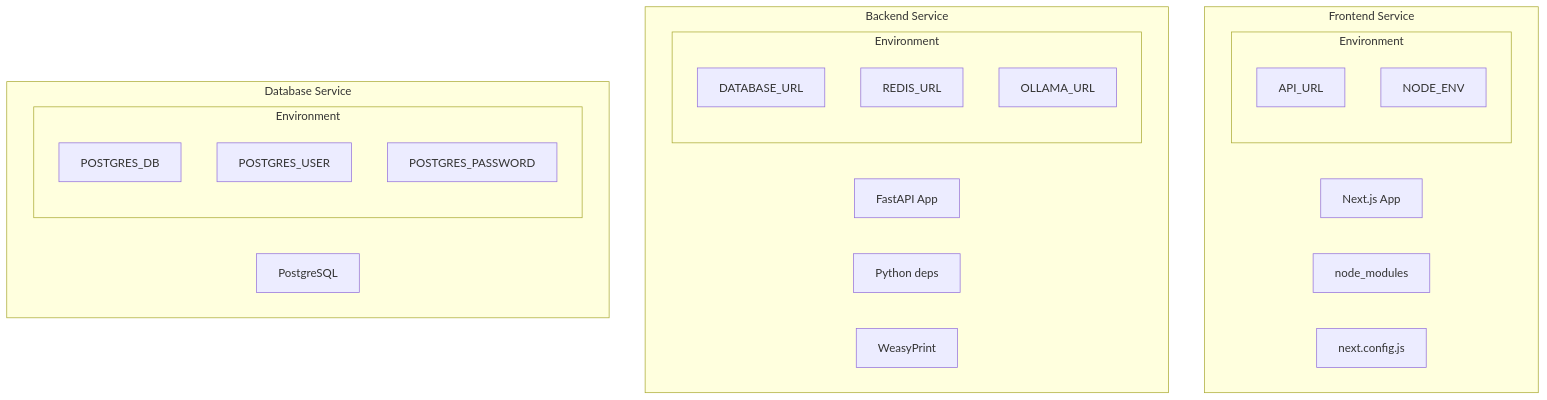
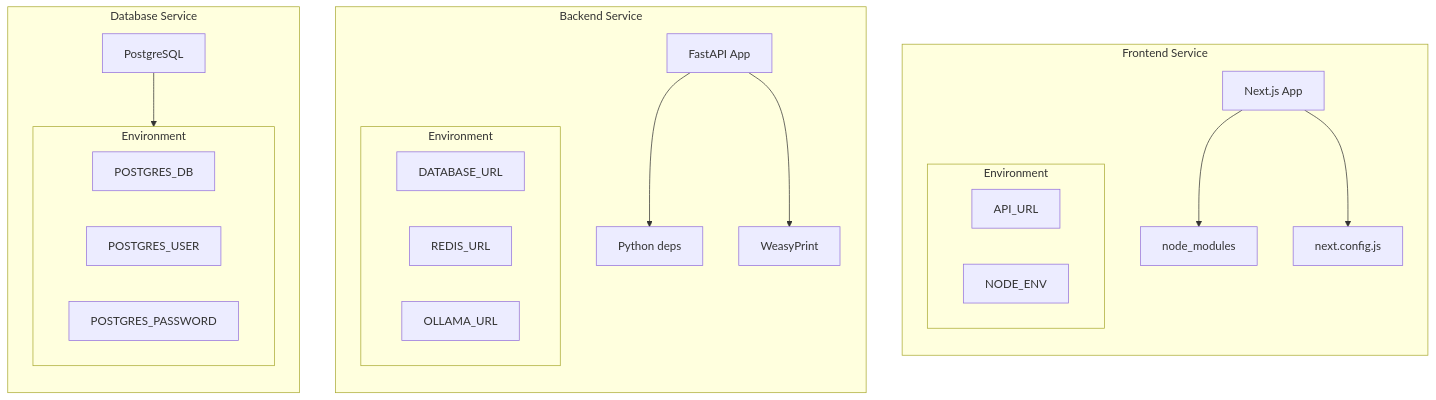
The second of 5 diagrams in doc/docker_compose.md (thespamer/propos4l), drawn with Mermaid before and after one commit. The commit also changed other lines of this file and 37 other files, not shown here.

````diff
--- a/doc/docker_compose.md
+++ b/doc/docker_compose.md
@@ -46,35 +51,49 @@
 ```mermaid
-graph TB
+flowchart TB
     subgraph Frontend["Frontend Service"]
+        direction TB
         NextJS["Next.js App"]
         NodeModules["node_modules"]
         NextConfig["next.config.js"]
         
         subgraph FrontendEnv["Environment"]
+            direction LR
             NEXT_PUBLIC_API_URL["API_URL"]
             NODE_ENV["NODE_ENV"]
         end
+        
+        NextJS --> NodeModules
+        NextJS --> NextConfig
     end
     
     subgraph Backend["Backend Service"]
+        direction TB
         FastAPI["FastAPI App"]
         PythonDeps["Python deps"]
         WeasyPrint["WeasyPrint"]
         
         subgraph BackendEnv["Environment"]
+            direction LR
             DATABASE_URL["DATABASE_URL"]
             REDIS_URL["REDIS_URL"]
             OLLAMA_URL["OLLAMA_URL"]
         end
+        
+        FastAPI --> PythonDeps
+        FastAPI --> WeasyPrint
     end
     
     subgraph Database["Database Service"]
+        direction TB
         Postgres["PostgreSQL"]
         
         subgraph DBEnv["Environment"]
+            direction LR
             POSTGRES_DB["POSTGRES_DB"]
             POSTGRES_USER["POSTGRES_USER"]
             POSTGRES_PASSWORD["POSTGRES_PASSWORD"]
         end
+        
+        Postgres --> DBEnv
     end
 ```
````
